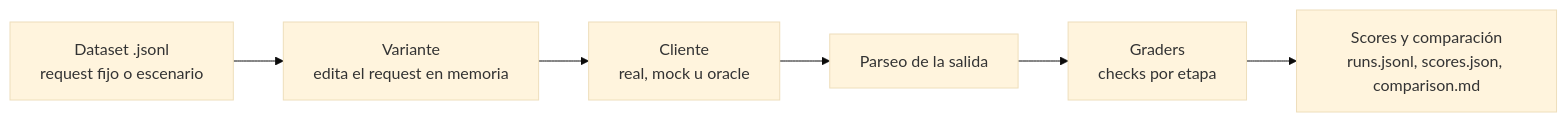
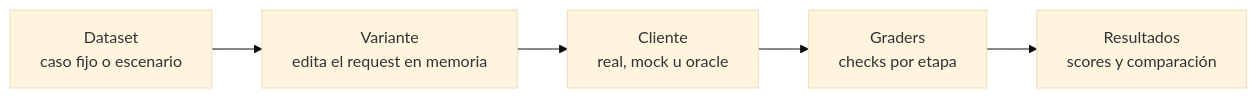
One commit to HugoFucksmann/jarvv changed the diagram in eval/README.md. Above: the diagram before and after it, drawn with Mermaid (base theme). The commit also changed other lines of this file and 12 other files, not shown here.

````diff
--- a/eval/README.md
+++ b/eval/README.md
@@ -50,8 +49,7 @@
 ```mermaid
 flowchart LR
-    D[Dataset .jsonl<br/>request fijo o escenario] --> V[Variante<br/>edita el request en memoria]
+    D[Dataset<br/>caso fijo o escenario] --> V[Variante<br/>edita el request en memoria]
     V --> C[Cliente<br/>real, mock u oracle]
-    C --> P[Parseo de la salida]
-    P --> G[Graders<br/>checks por etapa]
-    G --> S[Scores y comparación<br/>runs.jsonl, scores.json, comparison.md]
+    C --> G[Graders<br/>checks por etapa]
+    G --> R[Resultados<br/>scores y comparación]
 ```
````
